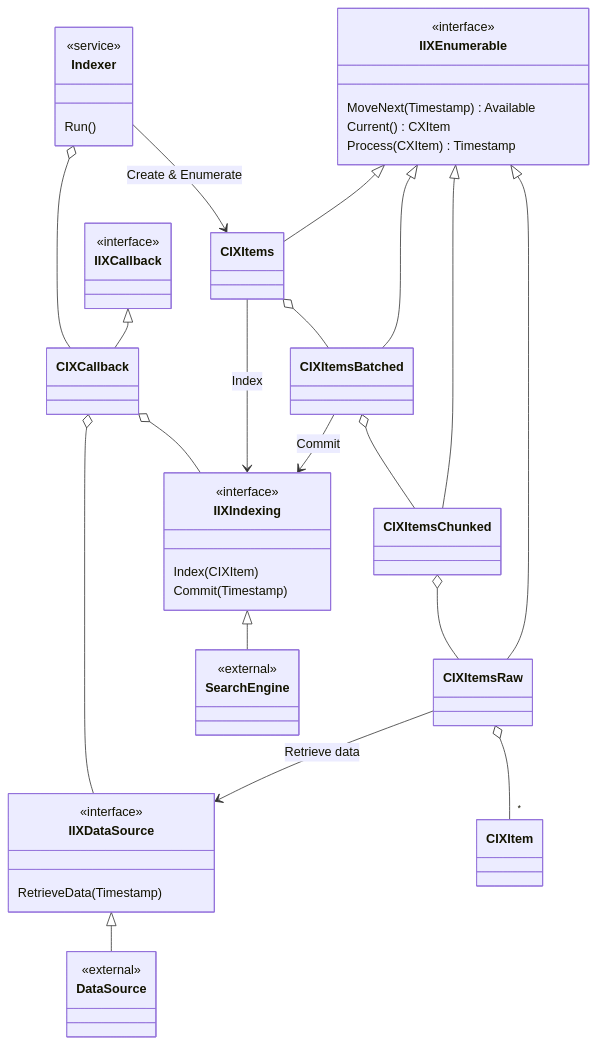
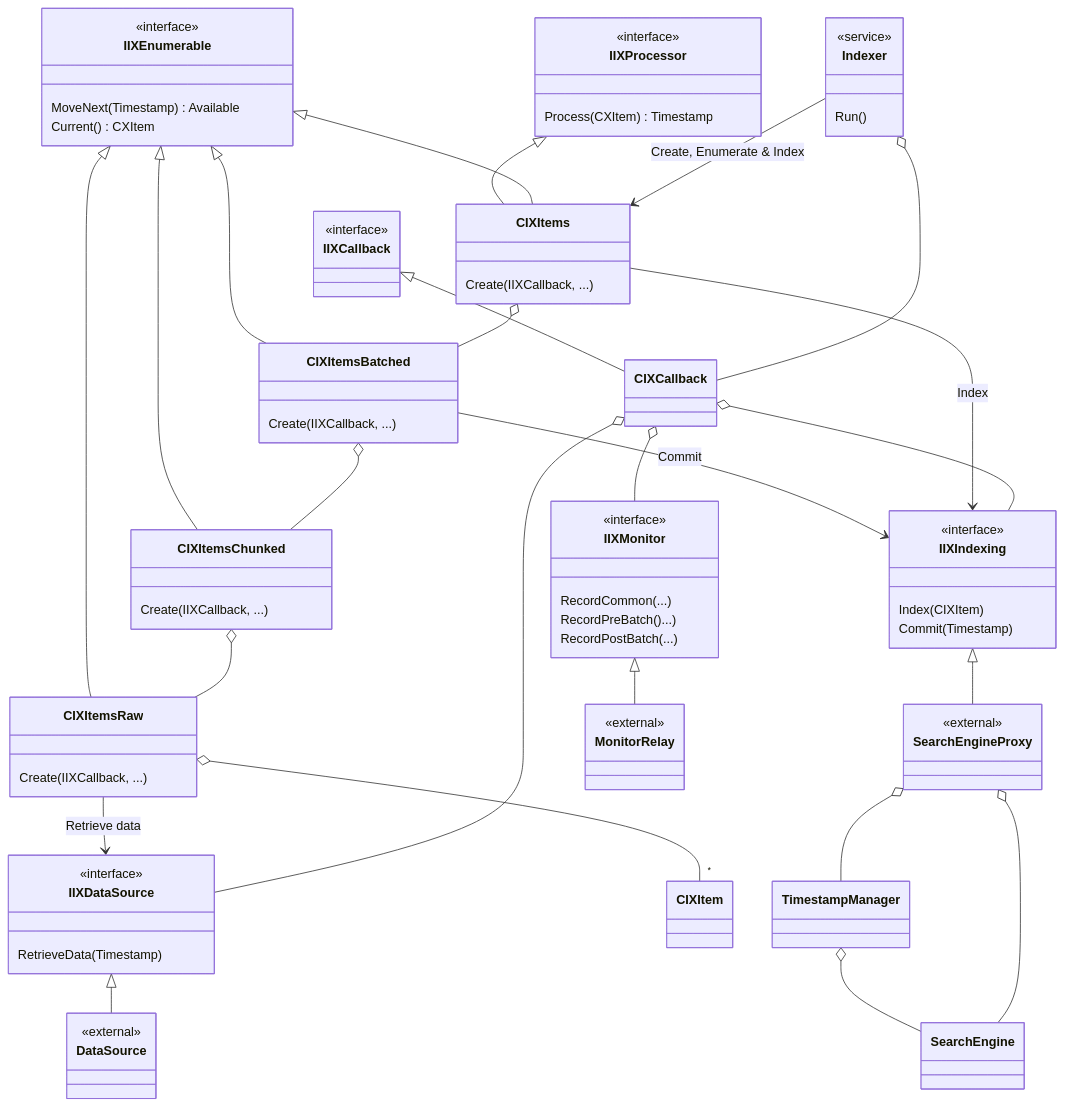
One commit to lightcaurby/Code-IXSample changed the diagram in README.md. Above: the diagram before and after it, drawn with Mermaid. The commit also changed 1 other file, not shown here.

Commit message:
Minor adjustments.

````diff
--- a/README.md
+++ b/README.md
@@ -1,60 +1,84 @@
 ```mermaid
 classDiagram
 
 class IIXEnumerable
 <<interface>> IIXEnumerable
 IIXEnumerable : MoveNext( Timestamp ) Available
 IIXEnumerable : Current() CXItem
-IIXEnumerable : Process( CXItem) Timestamp
+
+class IIXProcessor
+<<interface>> IIXProcessor
+IIXProcessor : Process( CXItem) Timestamp
 
 class IIXDataSource
 <<interface>> IIXDataSource
 IIXDataSource : RetrieveData(Timestamp) 
 
-class IIXIndexing 
-<<interface>> IIXIndexing
-IIXIndexing : Index(CIXItem)
-IIXIndexing : Commit(Timestamp)
-
 class IIXCallback
 <<interface>> IIXCallback
 
+IIXProcessor <|-- CIXItems
 IIXEnumerable <|-- CIXItems
 IIXEnumerable <|-- CIXItemsBatched
 IIXEnumerable <|-- CIXItemsChunked
 IIXEnumerable <|-- CIXItemsRaw
 
 CIXItems o-- CIXItemsBatched
 CIXItemsBatched o-- CIXItemsChunked
 CIXItemsChunked o-- CIXItemsRaw
 CIXItemsRaw o-- "*" CIXItem
 
+CIXItems : Create( IIXCallback, ...)
+CIXItemsBatched : Create( IIXCallback, ...)
+CIXItemsChunked : Create( IIXCallback, ...)
+CIXItemsRaw : Create( IIXCallback, ...)
+
 class DataSource
 <<external>> DataSource
 IIXDataSource <|-- DataSource
 
-class SearchEngine
-<<external>> SearchEngine
-IIXIndexing <|-- SearchEngine
+class IIXIndexing 
+<<interface>> IIXIndexing
+IIXIndexing : Index(CIXItem)
+IIXIndexing : Commit(Timestamp)
+
+class SearchEngineProxy
+<<external>> SearchEngineProxy
+IIXIndexing <|-- SearchEngineProxy
+
+SearchEngineProxy o-- TimestampManager
+TimestampManager o-- SearchEngine
+SearchEngineProxy o-- SearchEngine
+
+class IIXMonitor
+<<interface>> IIXMonitor
+IIXMonitor : RecordCommon(...)
+IIXMonitor : RecordPreBatch()...)
+IIXMonitor : RecordPostBatch(...)
+
+class MonitorRelay
+<<external>> MonitorRelay
+IIXMonitor <|-- MonitorRelay
 
 CIXItemsRaw --> IIXDataSource : Retrieve data
 CIXItemsBatched --> IIXIndexing : Commit
 CIXItems --> IIXIndexing : Index
 
 IIXCallback <|-- CIXCallback
 CIXCallback o-- IIXDataSource
 CIXCallback o-- IIXIndexing
+CIXCallback o-- IIXMonitor
 
 %%CIXItems o-- IIXCallback
 %%CIXItemsBatched o-- IIXCallback
 %%CIXItemsChunked o-- IIXCallback
 
 class Indexer
 <<service>> Indexer
 
-Indexer --> CIXItems : Create & Enumerate
+Indexer --> CIXItems : Create, Enumerate & Index
 Indexer : Run()
 Indexer o-- CIXCallback
 
 
 ```
````
